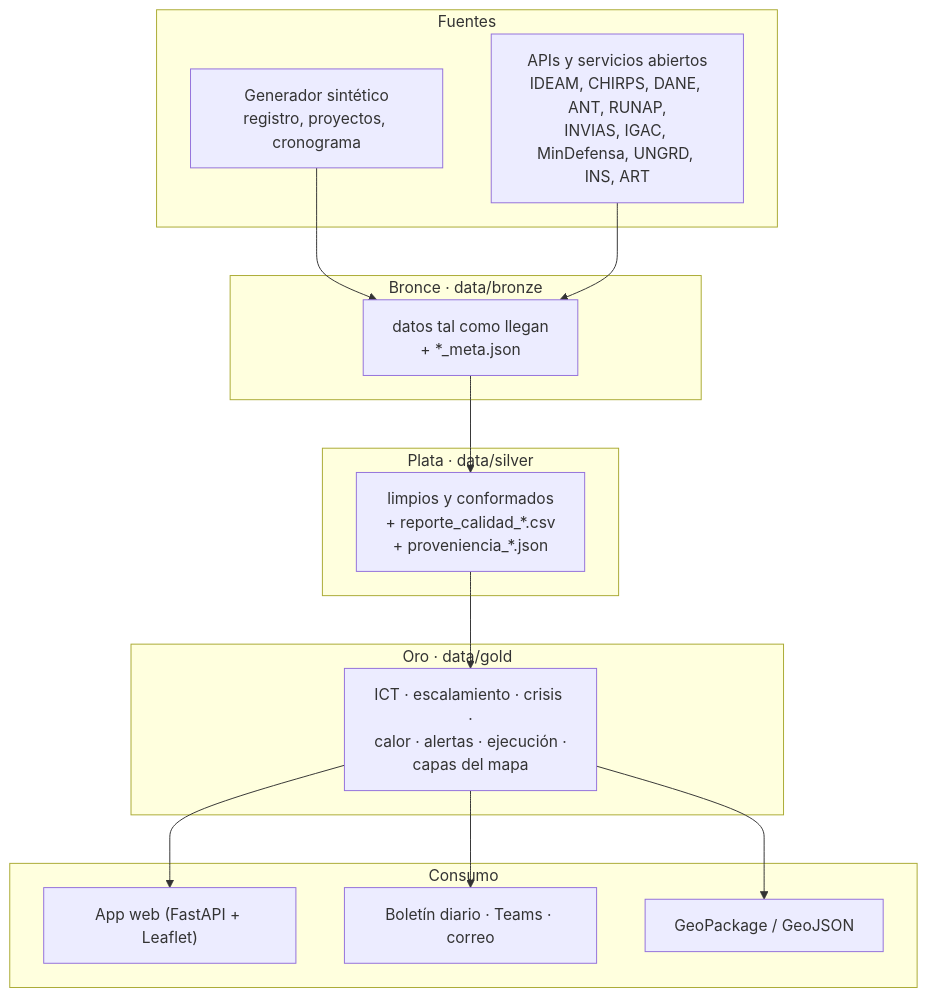
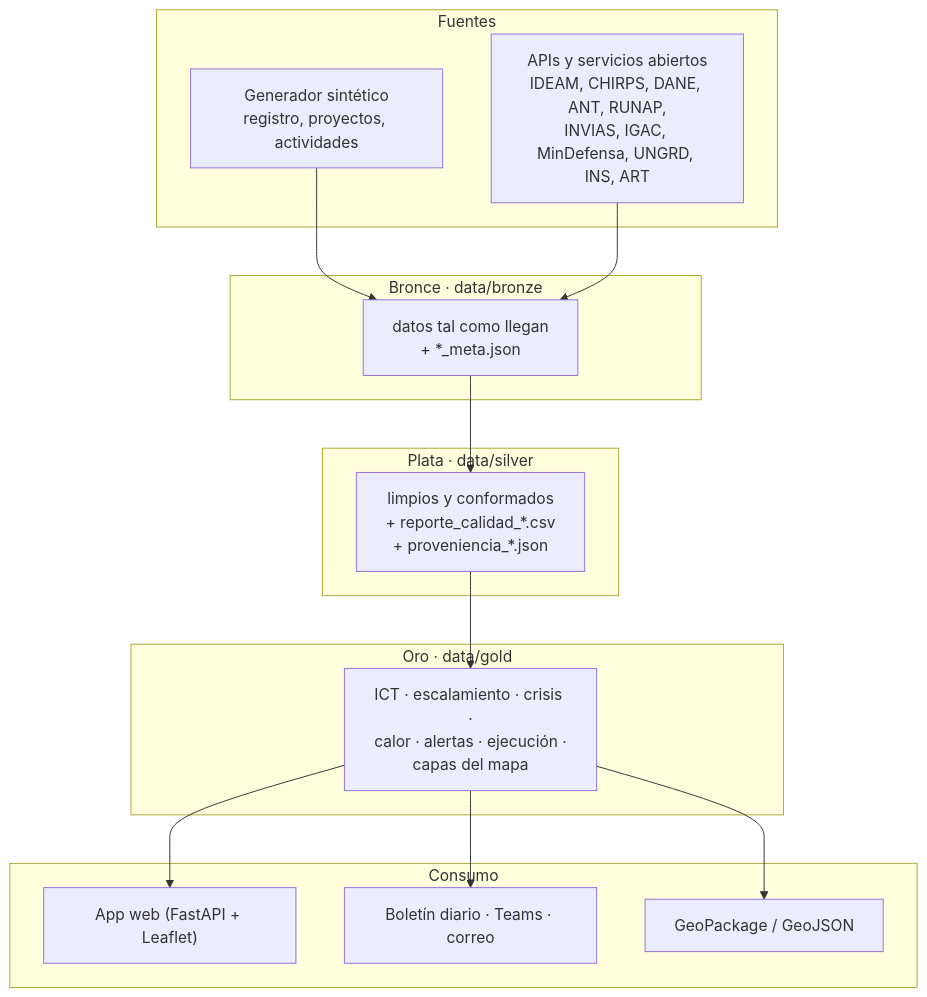
The second of 3 diagrams in docs/DESCRIPCION_PROYECTO.md (DESARROLLO-CENYT/Piloto_Ecopetrol_Reto5), drawn with Mermaid before and after one commit. The commit also changed other lines of this file and 38 other files, not shown here.

````diff
--- a/docs/DESCRIPCION_PROYECTO.md
+++ b/docs/DESCRIPCION_PROYECTO.md
@@ -161,27 +161,27 @@
 ```mermaid
 flowchart TB
     subgraph Fuentes
-      F1["Generador sintético<br/>registro, proyectos, cronograma"]
+      F1["Generador sintético<br/>registro, proyectos, actividades"]
       F2["APIs y servicios abiertos<br/>IDEAM, CHIRPS, DANE, ANT, RUNAP,<br/>INVIAS, IGAC, MinDefensa, UNGRD, INS, ART"]
     end
     subgraph Bronce["Bronce · data/bronze"]
       B1["datos tal como llegan<br/>+ *_meta.json"]
     end
     subgraph Plata["Plata · data/silver"]
       P1["limpios y conformados<br/>+ reporte_calidad_*.csv<br/>+ proveniencia_*.json"]
     end
     subgraph Oro["Oro · data/gold"]
       O1["ICT · escalamiento · crisis ·<br/>calor · alertas · ejecución ·<br/>capas del mapa"]
     end
     subgraph Consumo
       C1["App web (FastAPI + Leaflet)"]
       C2["Boletín diario · Teams · correo"]
       C3["GeoPackage / GeoJSON"]
     end
     F1 --> B1
     F2 --> B1
     B1 --> P1 --> O1
     O1 --> C1
     O1 --> C2
     O1 --> C3
 ```
````
